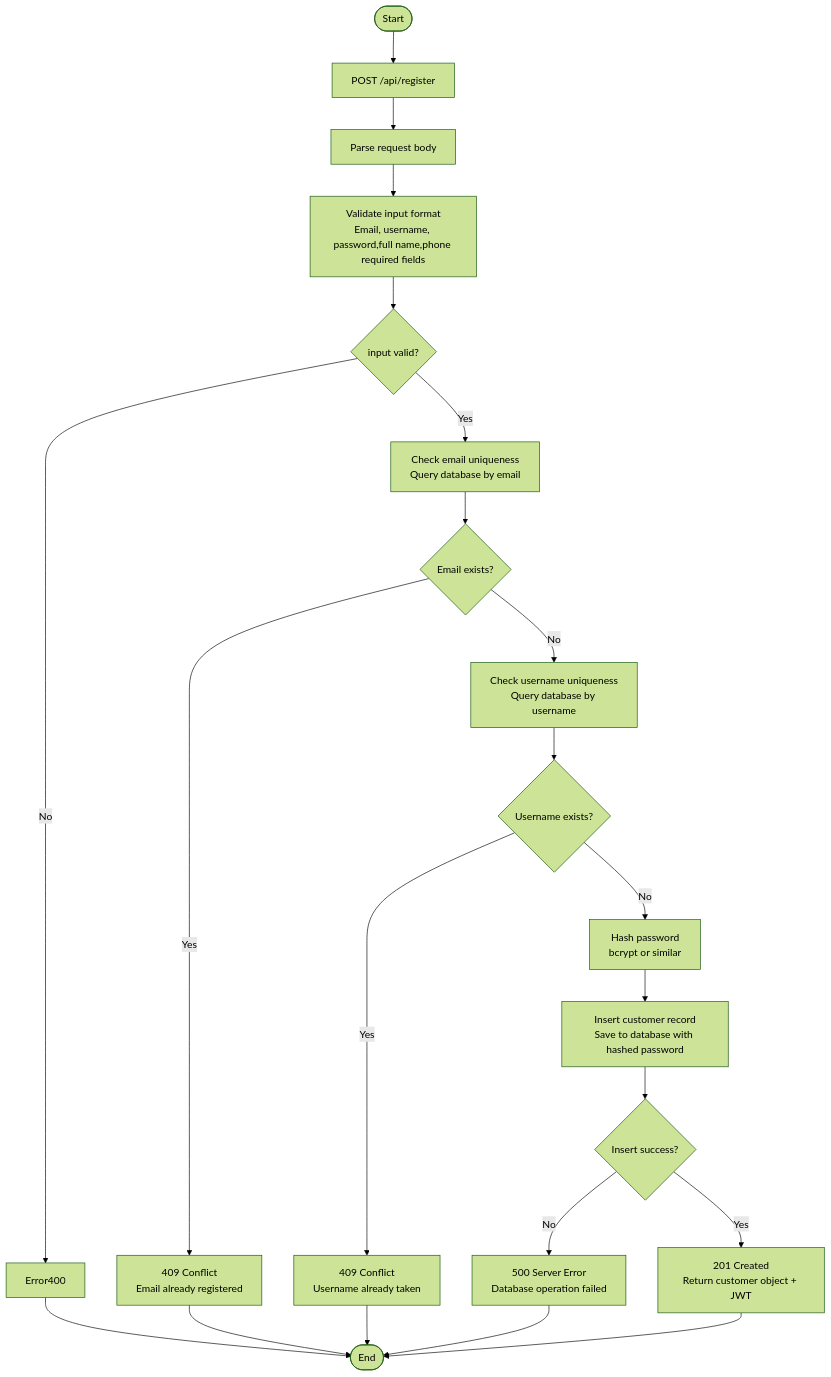
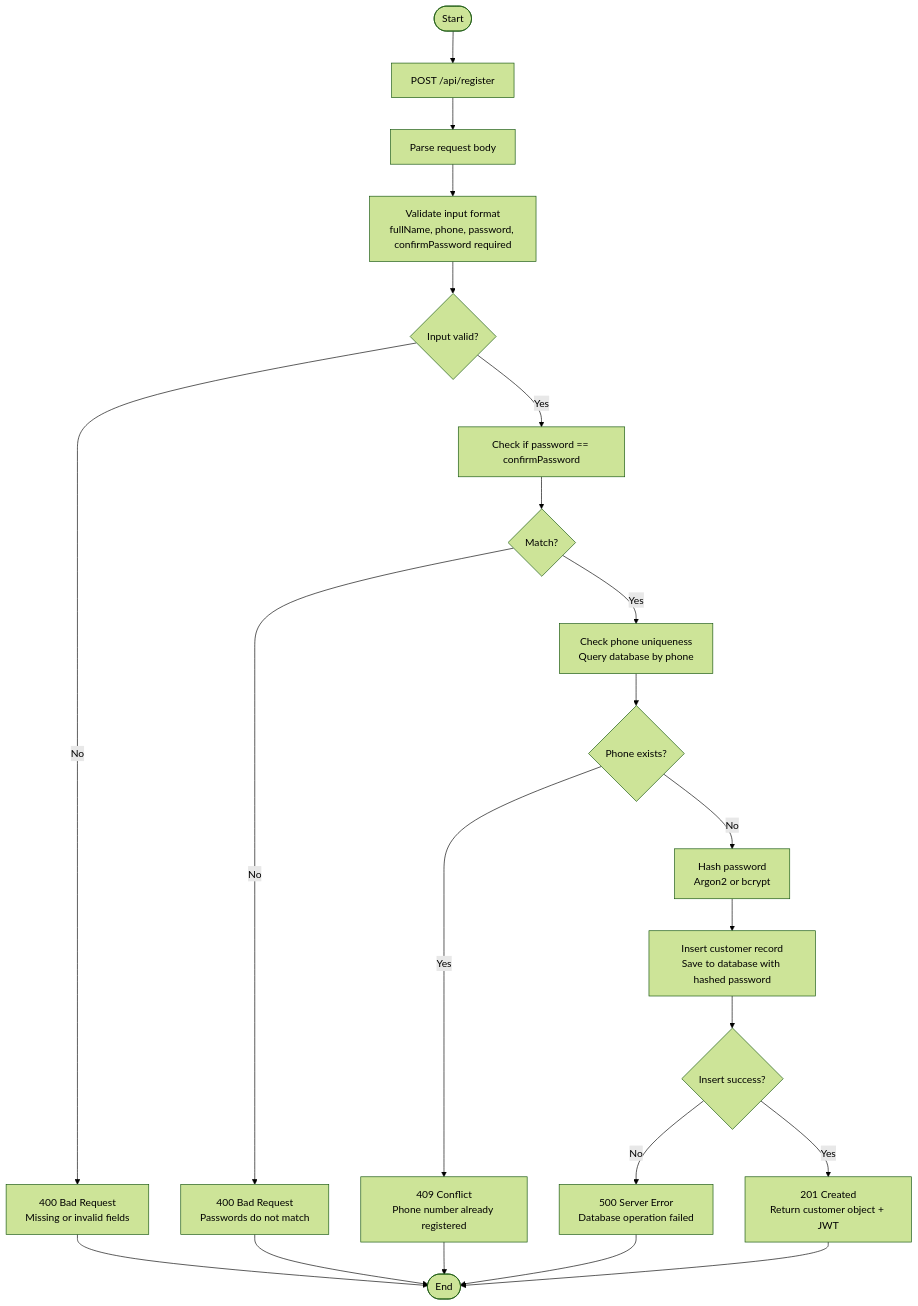
Before and after one commit to w2t-el-develop/food_delivery_api: the second of 2 diagrams in rigistration.md, drawn with Mermaid (forest theme). The commit also changed other lines of this file and 2 other files, not shown here.

Commit message:
feat(registration): update registration process to use fullName and phone, enhance validation checks

````diff
--- a/rigistration.md
+++ b/rigistration.md
@@ -43,34 +52,33 @@
 ```mermaid
- flowchart TD
+flowchart TD
     Start([Start])
     Start --> ReceiveRequest["POST /api/register"]
     ReceiveRequest --> ParseBody["Parse request body"]
-    ParseBody --> ValidateFormat["Validate input format<br/>Email, username, password,full name,phone required fields"]
+    ParseBody --> ValidateFormat["Validate input format<br/>fullName, phone, password, confirmPassword required"]
     
-   
+    ValidateFormat --> CheckInputValid{Input valid?}
+    CheckInputValid -->|No| Error400Format["400 Bad Request<br/>Missing or invalid fields"]
     
-    ValidateFormat --> CheckUsername{input valid?}
-    CheckUsername -->|No| Error400
+    CheckInputValid -->|Yes| CheckPasswords["Check if password == confirmPassword"]
+    CheckPasswords --> PasswordsMatch{Match?}
+    PasswordsMatch -->|No| Error400Match["400 Bad Request<br/>Passwords do not match"]
     
-    CheckUsername -->|Yes| CheckEmailUnique["Check email uniqueness<br/>Query database by email"]
-    CheckEmailUnique --> EmailExists{Email exists?}
-    EmailExists -->|Yes| Error409Email["409 Conflict<br/>Email already registered"]
-    EmailExists -->|No| CheckUsernameUnique["Check username uniqueness<br/>Query database by username"]
+    PasswordsMatch -->|Yes| CheckPhoneUnique["Check phone uniqueness<br/>Query database by phone"]
+    CheckPhoneUnique --> PhoneExists{Phone exists?}
+    PhoneExists -->|Yes| Error409Phone["409 Conflict<br/>Phone number already registered"]
     
-    CheckUsernameUnique --> UsernameExists{Username exists?}
-    UsernameExists -->|Yes| Error409Username["409 Conflict<br/>Username already taken"]
-    UsernameExists -->|No| HashPassword["Hash password<br/>bcrypt or similar"]
+    PhoneExists -->|No| HashPassword["Hash password<br/>Argon2 or bcrypt"]
     
     HashPassword --> InsertDB["Insert customer record<br/>Save to database with hashed password"]
     InsertDB --> CheckInsert{Insert success?}
     CheckInsert -->|No| Error500["500 Server Error<br/>Database operation failed"]
     CheckInsert -->|Yes| Success["201 Created<br/>Return customer object + JWT"]
     
-    Error400 --> End([End])
-    Error409Email --> End
-    Error409Username --> End
+    Error400Format --> End([End])
+    Error400Match --> End
+    Error409Phone --> End
     Error500 --> End
     Success --> End
     
    
 ```
````
